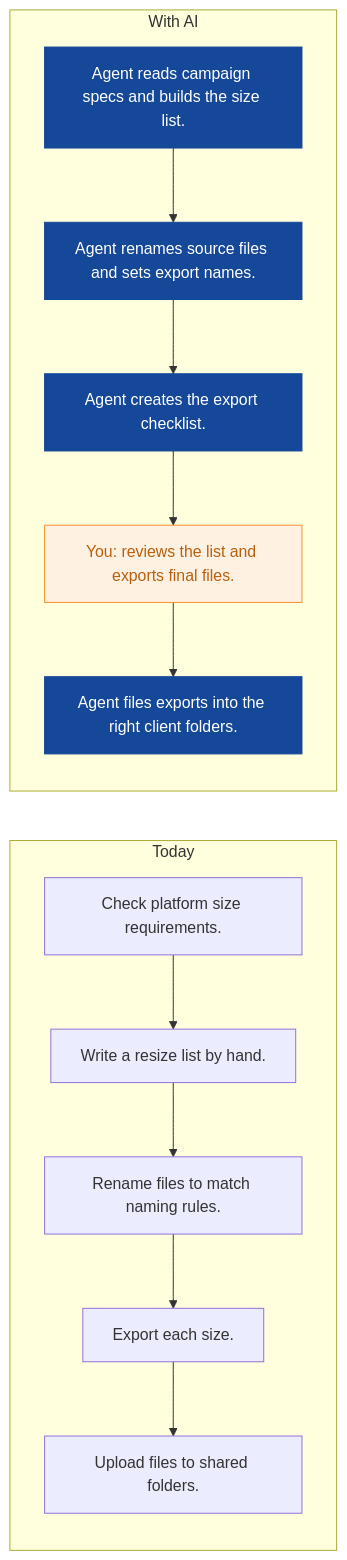
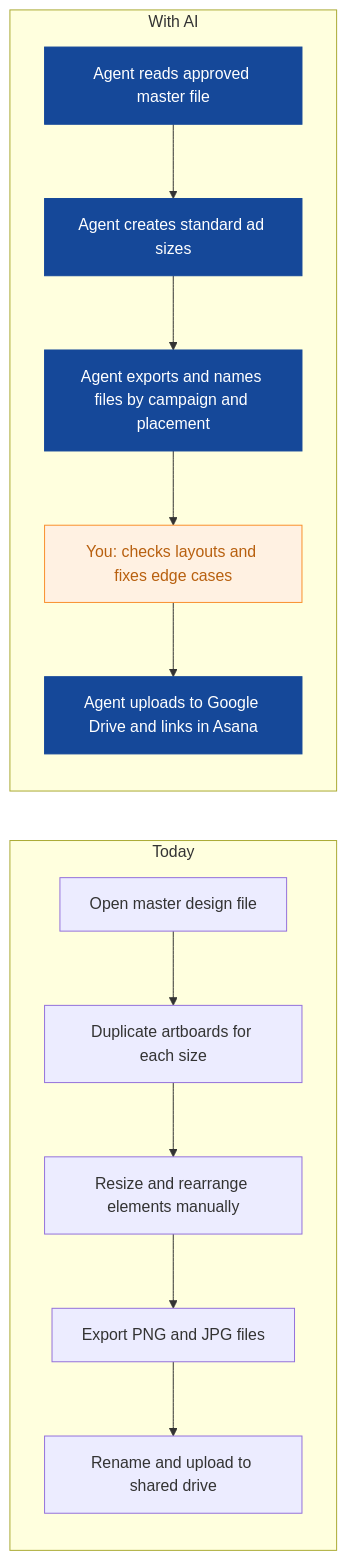
Before and after one commit to nexibeo/Complete-AI-Strategy: the fourth of 8 diagrams in strategies/pixelhive-studio.md, drawn with Mermaid. The commit also changed other lines of this file and 26 other files, not shown here.

````diff
--- a/strategies/pixelhive-studio.md
+++ b/strategies/pixelhive-studio.md
@@ -165,23 +139,23 @@
 ```mermaid
 flowchart LR
   subgraph Today
-    B0["Check platform size requirements."]
-    B1["Write a resize list by hand."]
-    B2["Rename files to match naming rules."]
-    B3["Export each size."]
-    B4["Upload files to shared folders."]
+    B0["Open master design file"]
+    B1["Duplicate artboards for each size"]
+    B2["Resize and rearrange elements manually"]
+    B3["Export PNG and JPG files"]
+    B4["Rename and upload to shared drive"]
     B0 --> B1 --> B2 --> B3 --> B4
   end
   subgraph WithAI[With AI]
-    A0["Agent reads campaign specs and builds the size list."]
-    A1["Agent renames source files and sets export names."]
-    A2["Agent creates the export checklist."]
-    A3["You: reviews the list and exports final files."]
-    A4["Agent files exports into the right client folders."]
+    A0["Agent reads approved master file"]
+    A1["Agent creates standard ad sizes"]
+    A2["Agent exports and names files by campaign and placement"]
+    A3["You: checks layouts and fixes edge cases"]
+    A4["Agent uploads to Google Drive and links in Asana"]
     A0 --> A1 --> A2 --> A3 --> A4
   end
   classDef ai fill:#154899,color:#fff,stroke:#154899
   classDef human fill:#FFF1E2,color:#B8600F,stroke:#F98F2C
   class A0,A1,A2,A4 ai
   class A3 human
 ```
````
